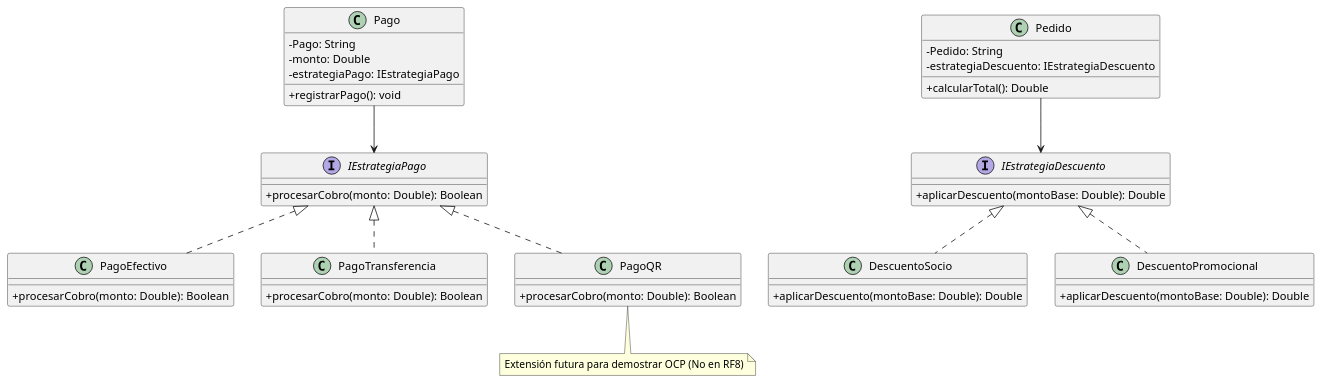
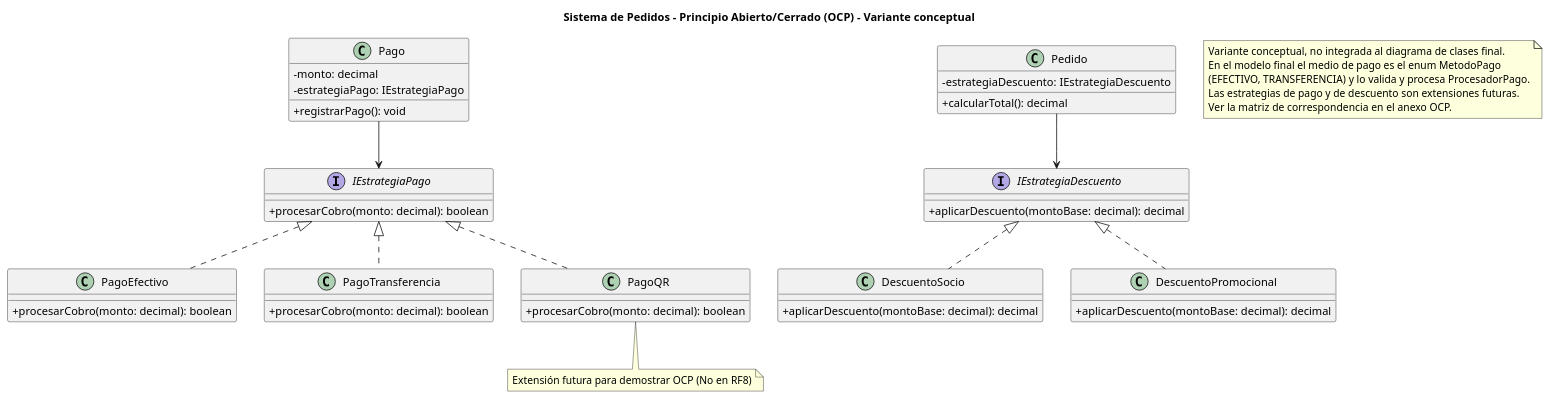
Before and after one commit to eloeyhe/SistemaPedidos: the diagram in diagramas/01-diagrama-clases/01-solid-02-ocp.puml, drawn with PlantUML. The commit also changed 15 other files, not shown here.

Commit message:
fix: alineo los principios SOLID con el diagrama de clases final y documento sus variantes (RC17, RC18, RC19, RC20)

```diff
--- a/diagramas/01-diagrama-clases/01-solid-02-ocp.puml
+++ b/diagramas/01-diagrama-clases/01-solid-02-ocp.puml
@@ -1,50 +1,58 @@
 @startuml 01-solid-02-ocp
+title Sistema de Pedidos - Principio Abierto/Cerrado (OCP) - Variante conceptual
 skinparam classAttributeIconSize 0
 
 class Pago {
-    - Pago: String
-    - monto: Double
+    - monto: decimal
     - estrategiaPago: IEstrategiaPago
     + registrarPago(): void
 }
 
 interface IEstrategiaPago {
-    + procesarCobro(monto: Double): Boolean
+    + procesarCobro(monto: decimal): boolean
 }
 
 class PagoEfectivo implements IEstrategiaPago {
-    + procesarCobro(monto: Double): Boolean
+    + procesarCobro(monto: decimal): boolean
 }
 
 class PagoTransferencia implements IEstrategiaPago {
-    + procesarCobro(monto: Double): Boolean
+    + procesarCobro(monto: decimal): boolean
 }
 
 class PagoQR implements IEstrategiaPago {
-    + procesarCobro(monto: Double): Boolean
+    + procesarCobro(monto: decimal): boolean
 }
 note bottom of PagoQR : Extensión futura para demostrar OCP (No en RF8)
 
 Pago --> IEstrategiaPago
 
 class Pedido {
-    - Pedido: String
     - estrategiaDescuento: IEstrategiaDescuento
-    + calcularTotal(): Double
+    + calcularTotal(): decimal
 }
 
 interface IEstrategiaDescuento {
-    + aplicarDescuento(montoBase: Double): Double
+    + aplicarDescuento(montoBase: decimal): decimal
 }
 
 class DescuentoSocio implements IEstrategiaDescuento {
-    + aplicarDescuento(montoBase: Double): Double
+    + aplicarDescuento(montoBase: decimal): decimal
 }
 
 class DescuentoPromocional implements IEstrategiaDescuento {
-    + aplicarDescuento(montoBase: Double): Double
+    + aplicarDescuento(montoBase: decimal): decimal
 }
 
 Pedido --> IEstrategiaDescuento
 
+
+note as Alcance
+  Variante conceptual, no integrada al diagrama de clases final.
+  En el modelo final el medio de pago es el enum MetodoPago
+  (EFECTIVO, TRANSFERENCIA) y lo valida y procesa ProcesadorPago.
+  Las estrategias de pago y de descuento son extensiones futuras.
+  Ver la matriz de correspondencia en el anexo OCP.
+end note
+
 @enduml
```
